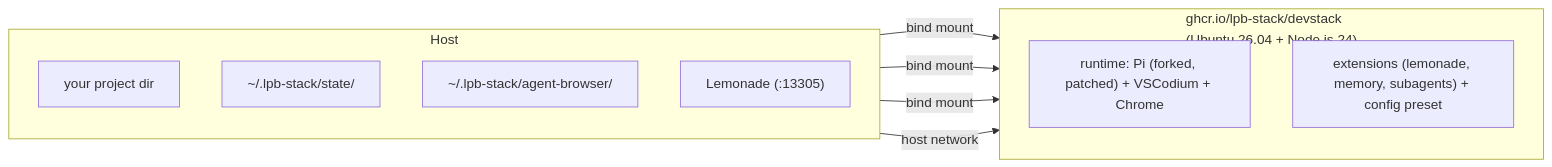
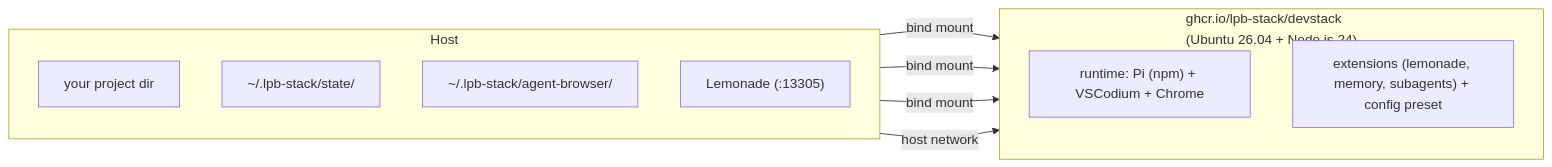
The first of 2 diagrams in README.md (lpb-stack/devstack), drawn with Mermaid before and after one commit. The commit also changed other lines of this file and 10 other files, not shown here.

````diff
--- a/README.md
+++ b/README.md
@@ -82,21 +83,21 @@
 ```mermaid
 flowchart LR
     subgraph Host["Host"]
         direction TB
         H1["your project dir"]
         H2["~/.lpb-stack/state/"]
         H3["~/.lpb-stack/agent-browser/"]
         H4["Lemonade (:13305)"]
     end
 
     subgraph Image["ghcr.io/lpb-stack/devstack<br/>(Ubuntu 26.04 + Node.js 24)"]
         direction TB
-        RT["runtime: Pi (forked, patched) + VSCodium + Chrome"]
+        RT["runtime: Pi (npm) + VSCodium + Chrome"]
         CF["extensions (lemonade, memory, subagents) + config preset"]
     end
 
     H1 -->|bind mount| RT
     H2 -->|bind mount| CF
     H3 -->|bind mount| RT
     H4 -->|host network| RT
 ```
````
